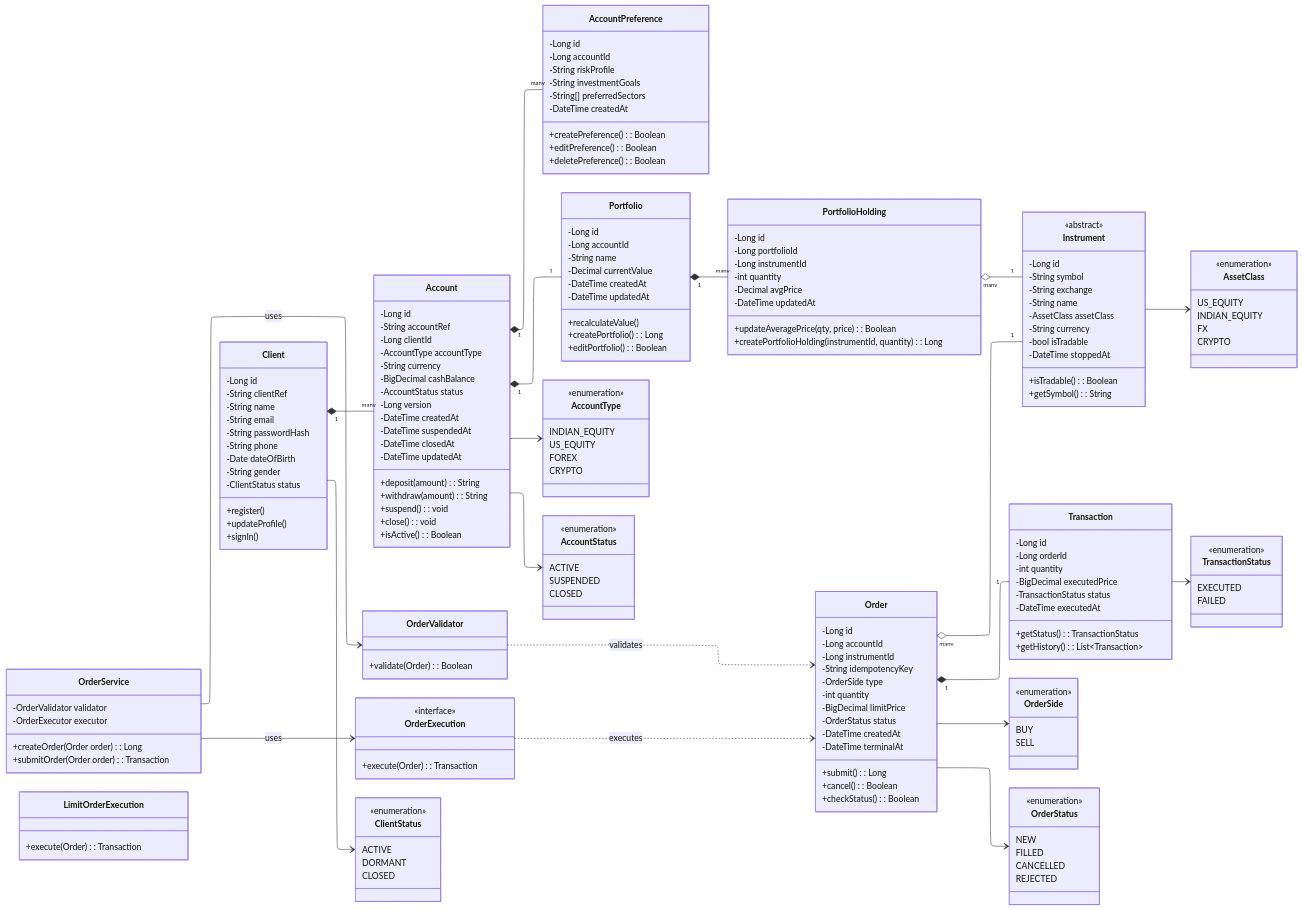
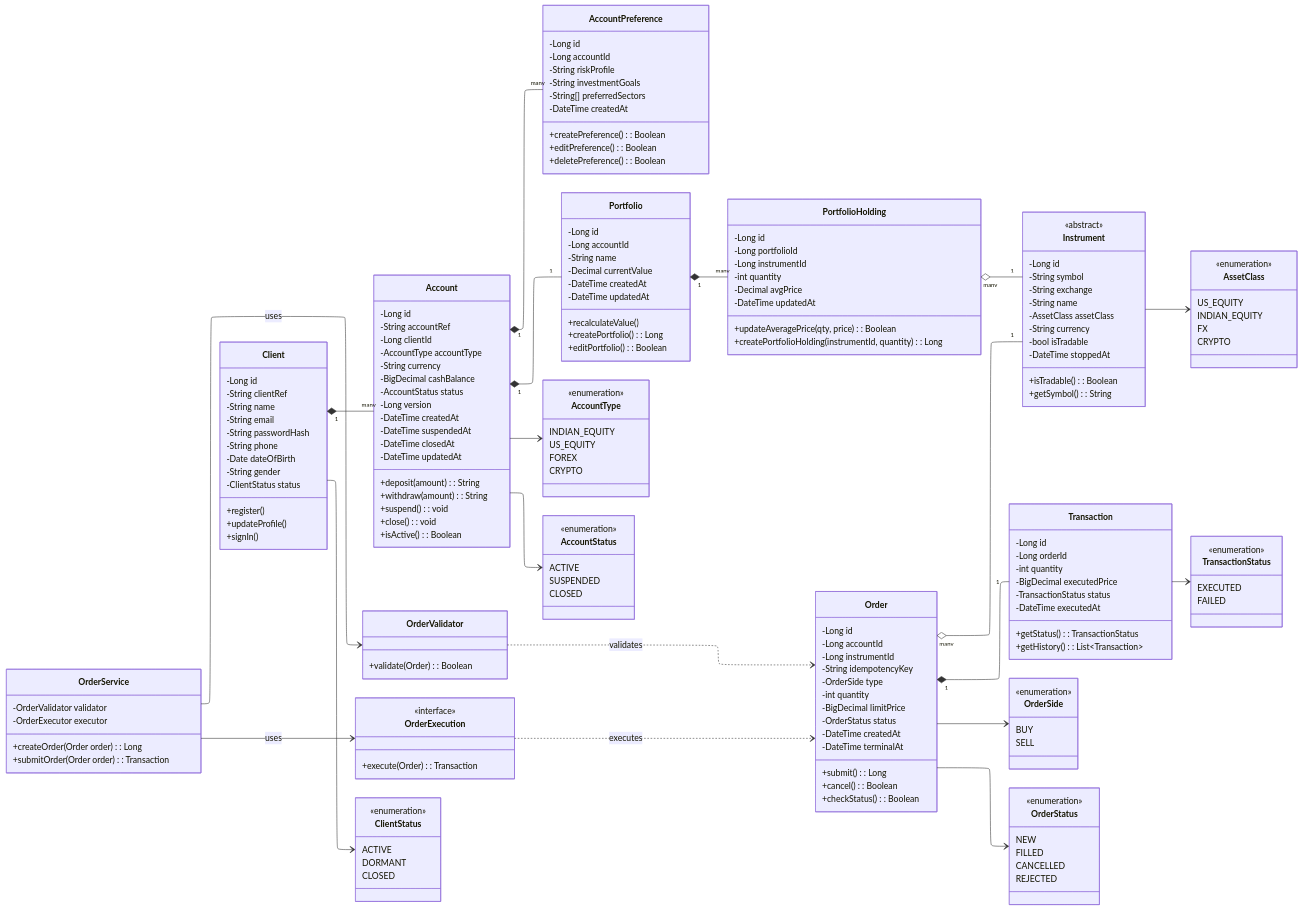
The diagram in backend/design/class_diagram.mmd (IM-RAHUL-RAJ/k8s-solution), drawn with Mermaid before and after one commit. The commit also changed 10 other files, not shown here.

Commit message:
UML Diagrams and Exceptions added

```diff
--- a/backend/design/class_diagram.mmd
+++ b/backend/design/class_diagram.mmd
@@ -138,10 +138,6 @@
         +execute(Order) : Transaction
     }
 
-    class LimitOrderExecution {
-        +execute(Order) : Transaction
-    }
-
     %% =========================
     %% Enums
     %% =========================
```
